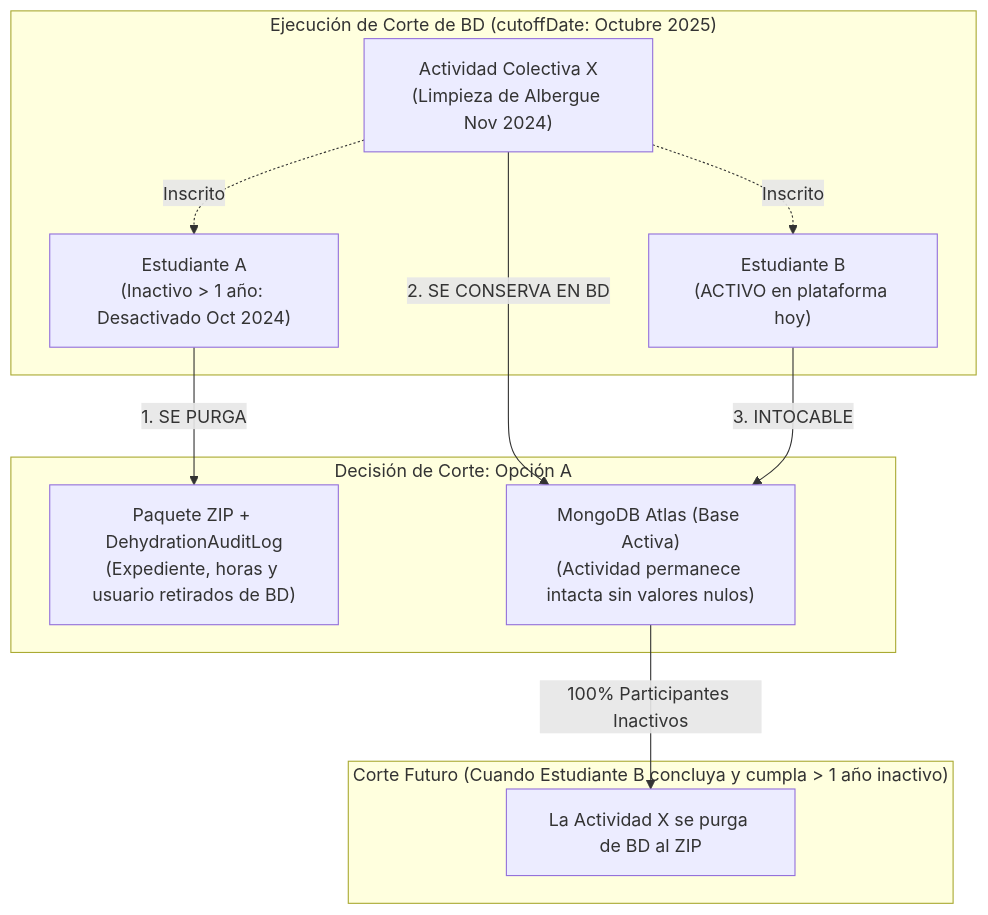
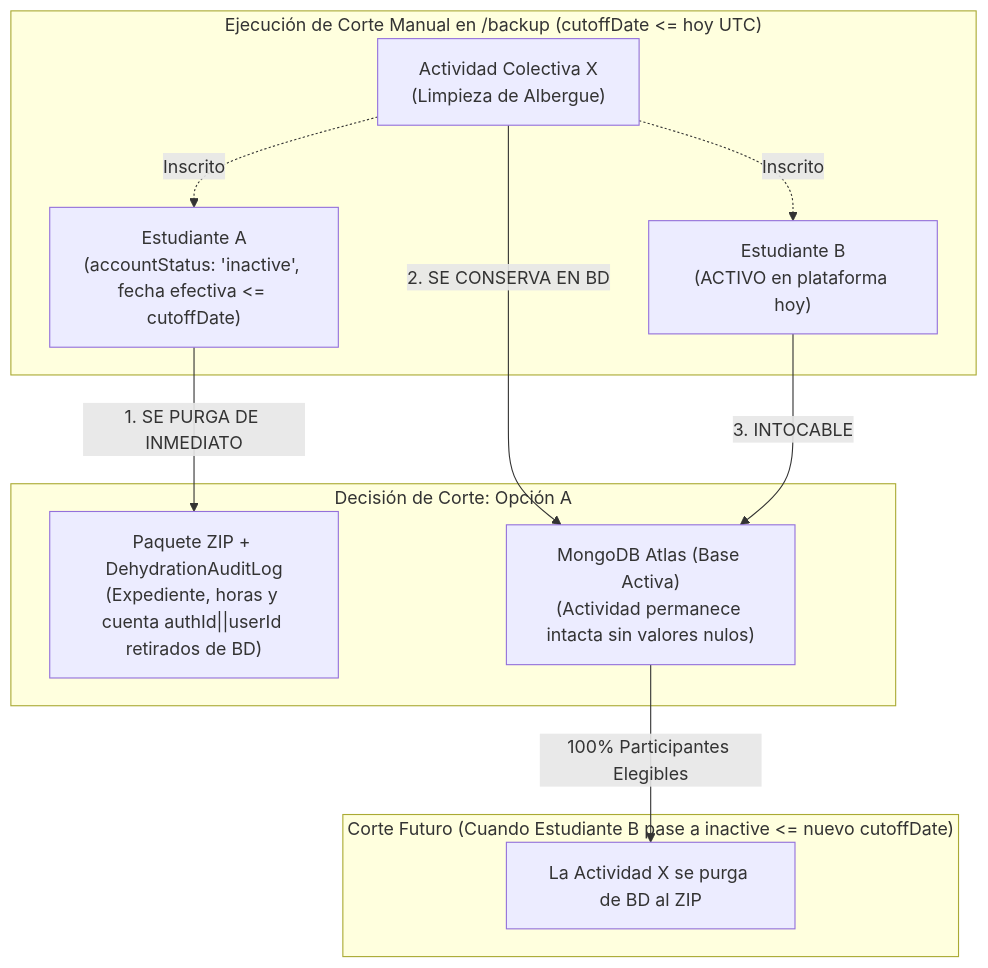
One commit to proyecto-web-abaq/documentation changed the fifth of 14 diagrams in docs/technical/ciclo-vida-voluntarios-deshidratacion-design.md. Above: the diagram before and after it, drawn with Mermaid. The commit also changed other lines of this file and 4 other files, not shown here.

Commit message:
docs(technical): document dynamic backup registry, 4-step cutoff flow, and immediate inactive eligibility without background cron

````diff
--- a/docs/technical/ciclo-vida-voluntarios-deshidratacion-design.md
+++ b/docs/technical/ciclo-vida-voluntarios-deshidratacion-design.md
@@ -258,21 +254,21 @@
 ```mermaid
 flowchart TD
-    subgraph Corte ["Ejecución de Corte de BD (cutoffDate: Octubre 2025)"]
-        Act["Actividad Colectiva X\n(Limpieza de Albergue Nov 2024)"]
-        StA["Estudiante A\n(Inactivo > 1 año: Desactivado Oct 2024)"]
+    subgraph Corte ["Ejecución de Corte Manual en /backup (cutoffDate <= hoy UTC)"]
+        Act["Actividad Colectiva X\n(Limpieza de Albergue)"]
+        StA["Estudiante A\n(accountStatus: 'inactive', fecha efectiva <= cutoffDate)"]
         StB["Estudiante B\n(ACTIVO en plataforma hoy)"]
         
         Act -.->|Inscrito| StA
         Act -.->|Inscrito| StB
     end
 
     subgraph Decision ["Decisión de Corte: Opción A"]
-        StA -->|1. SE PURGA| ZipA["Paquete ZIP + DehydrationAuditLog\n(Expediente, horas y usuario retirados de BD)"]
-        Act -->|2. SE CONSERVA EN BD| DbLive["MongoDB Atlas (Base Activa)\n(Actividad permanece intacta sin valores nulos)"]
-        StB -->|3. INTOCABLE| DbLive
+        StA -->|"1. SE PURGA DE INMEDIATO"| ZipA["Paquete ZIP + DehydrationAuditLog\n(Expediente, horas y cuenta authId||userId retirados de BD)"]
+        Act -->|"2. SE CONSERVA EN BD"| DbLive["MongoDB Atlas (Base Activa)\n(Actividad permanece intacta sin valores nulos)"]
+        StB -->|"3. INTOCABLE"| DbLive
     end
 
-    subgraph Futuro ["Corte Futuro (Cuando Estudiante B concluya y cumpla > 1 año inactivo)"]
-        DbLive -->|100% Participantes Inactivos| PurgeAct["La Actividad X se purga de BD al ZIP"]
+    subgraph Futuro ["Corte Futuro (Cuando Estudiante B pase a inactive <= nuevo cutoffDate)"]
+        DbLive -->|"100% Participantes Elegibles"| PurgeAct["La Actividad X se purga de BD al ZIP"]
     end
 ```
````
